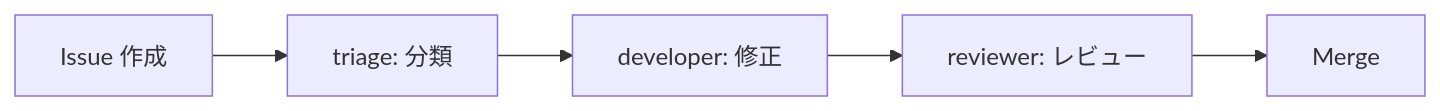
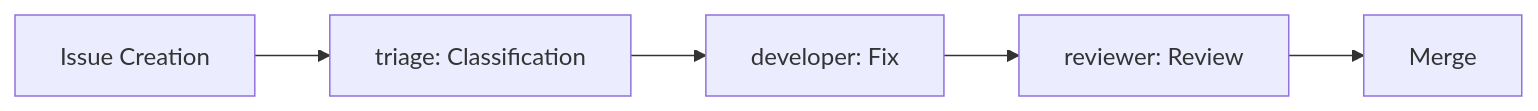
One commit to kato83/mayu changed the second of 6 diagrams in .kiro/steering/agent-workflows.md. Above: the diagram before and after it, drawn with Mermaid. The commit also changed other lines of this file and 12 other files, not shown here.

````diff
--- a/.kiro/steering/agent-workflows.md
+++ b/.kiro/steering/agent-workflows.md
@@ -137,7 +139,7 @@
 ```mermaid
 graph LR
-    A[Issue 作成] --> B[triage: 分類]
-    B --> C[developer: 修正]
-    C --> D[reviewer: レビュー]
+    A[Issue Creation] --> B[triage: Classification]
+    B --> C[developer: Fix]
+    C --> D[reviewer: Review]
     D --> E[Merge]
 ```
````
